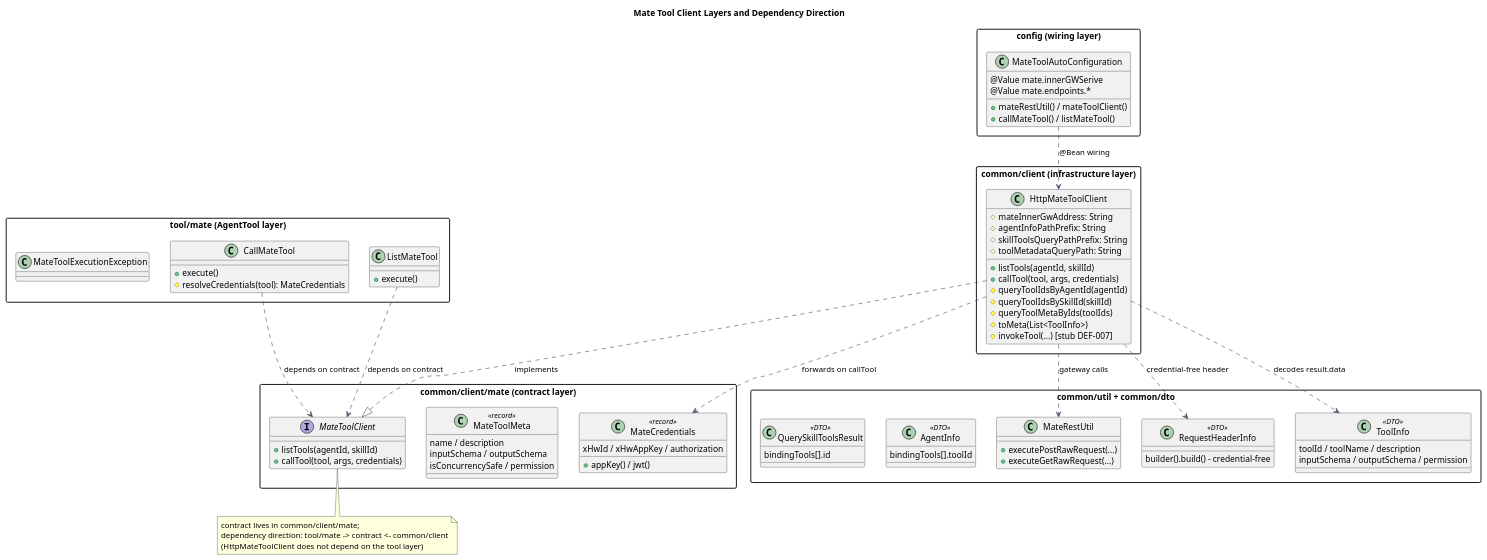
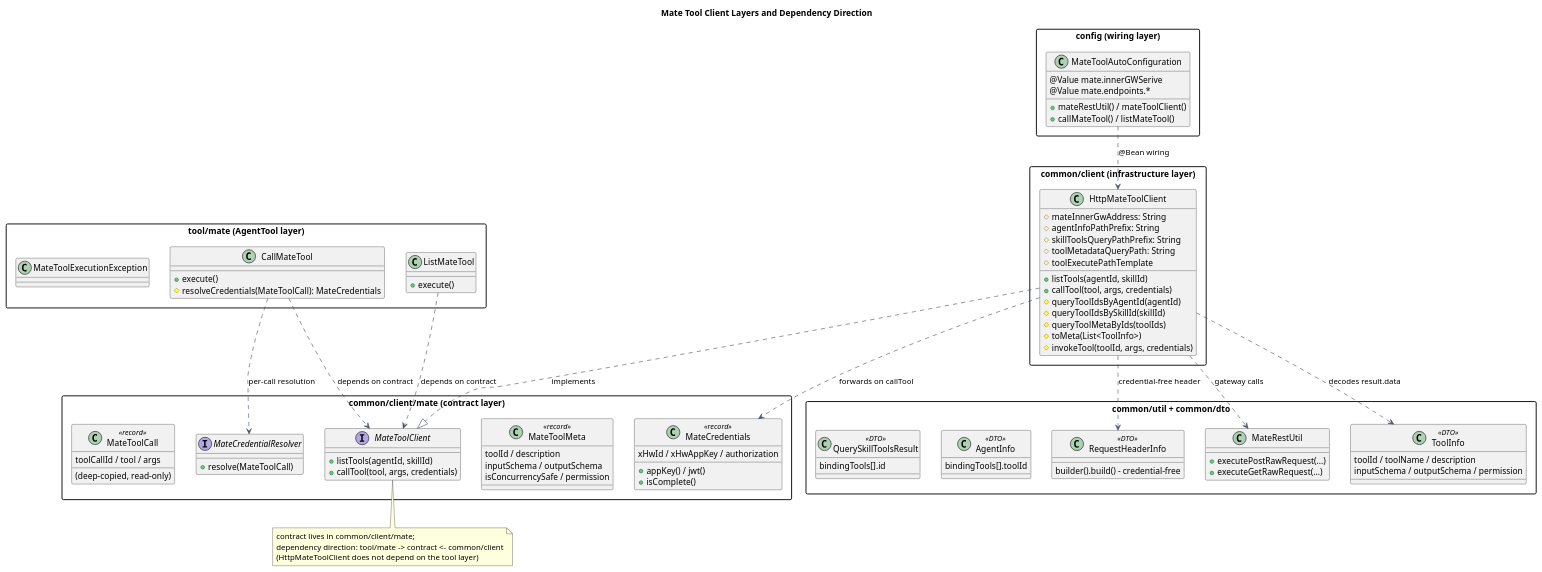
One commit to 2862282695gjh-afk/pi-mono-java changed the first of 2 diagrams in docs/designs/mate-tool-client/diagram.puml. Above: the diagram before and after it, drawn with PlantUML. The commit also changed other lines of this file and 22 other files, not shown here.

First line of the commit message:
fix(mate-tool): toolId 契约统一 + 设计产物全量同步(复审意见)

```diff
--- a/docs/designs/mate-tool-client/diagram.puml
+++ b/docs/designs/mate-tool-client/diagram.puml
@@ -1,121 +1,131 @@
 @startuml mate_tool_client_layers
 ' Source evidence:
 ' - modules/coding-agent-cli/src/main/java/com/campusclaw/codingagent/tool/mate/:
 '   CallMateTool (resolveCredentials hook, MateToolExecutionException),
 '   ListMateTool (agent/skill passthrough)
 ' - modules/coding-agent-cli/src/main/java/com/campusclaw/codingagent/common/client/mate/:
 '   MateToolClient (listTools/callTool contract), MateToolMeta, MateCredentials
 ' - modules/coding-agent-cli/src/main/java/com/campusclaw/codingagent/common/client/:
-'   HttpMateToolClient (two-step listTools wiring, invokeTool stub DEF-007)
+'   HttpMateToolClient (two-step listTools wiring, invokeTool execute RPC)
 ' - modules/coding-agent-cli/src/main/java/com/campusclaw/codingagent/common/util/:
 '   MateRestUtil (executePostRawRequest / executeGetRawRequest)
 ' - modules/coding-agent-cli/src/main/java/com/campusclaw/codingagent/common/dto/:
 '   RequestHeaderInfo (credential-free builder), ToolInfo (tool metadata result.data),
 '   AgentInfo (bindingTools[].toolId), QuerySkillToolsResult/SkillBindingTool
 '   (bindingTools[].id)
 ' - modules/coding-agent-cli/src/main/java/com/campusclaw/codingagent/config/:
 '   MateToolAutoConfiguration (@Value gateway and endpoint paths), MateToolProperties
 ' Source baseline: superheromeZzh/pi-mono-java commit 1e9d4ee2e14717764f8403c20375c55512cbd97b
 ' Observed behavior: both AgentTools are stateless Spring singletons; listTools
 ' resolves bound tool IDs from agent/skill metadata (GET) then calls
 ' the tool metadata endpoint credential-free; callTool forwards agent-handed-down
-' credentials; the invoke RPC is still a DEF-007 stub.
+' credentials; MateCredentialResolver resolves per-call credentials.
 ' Architecture change: outbound endpoint paths are deployment configuration
 ' injected with @Value; stable inbound API contract paths remain constants.
 ' Design reason: process-wide singleton lifetime forbids per-session state;
 ' permission (allow/ask/deny) enforcement stays on the Mate server.
 
 skinparam backgroundColor white
 skinparam shadowing false
 skinparam packageStyle rectangle
 skinparam ArrowColor #475569
 
 title Mate Tool Client Layers and Dependency Direction
 
 package "tool/mate (AgentTool layer)" {
   class CallMateTool {
     + execute()
-    # resolveCredentials(tool): MateCredentials
+    # resolveCredentials(MateToolCall): MateCredentials
   }
   class ListMateTool {
     + execute()
   }
   class MateToolExecutionException
 }
 
 package "common/client (infrastructure layer)" {
   class HttpMateToolClient {
     # mateInnerGwAddress: String
     # agentInfoPathPrefix: String
     # skillToolsQueryPathPrefix: String
     # toolMetadataQueryPath: String
     + listTools(agentId, skillId)
     + callTool(tool, args, credentials)
     # queryToolIdsByAgentId(agentId)
     # queryToolIdsBySkillId(skillId)
     # queryToolMetaByIds(toolIds)
     # toMeta(List<ToolInfo>)
-    # invokeTool(...) [stub DEF-007]
+    # invokeTool(toolId, args, credentials)
+    # toolExecutePathTemplate
   }
 }
 
 package "common/client/mate (contract layer)" {
   interface MateToolClient {
     + listTools(agentId, skillId)
     + callTool(tool, args, credentials)
   }
   class MateToolMeta <<record>> {
-    name / description
+    toolId / description
     inputSchema / outputSchema
     isConcurrencySafe / permission
   }
   class MateCredentials <<record>> {
     xHwId / xHwAppKey / authorization
     + appKey() / jwt()
+    + isComplete()
+  }
+  interface MateCredentialResolver {
+    + resolve(MateToolCall)
+  }
+  class MateToolCall <<record>> {
+    toolCallId / tool / args
+    (deep-copied, read-only)
   }
 }
 
 package "common/util + common/dto" {
   class MateRestUtil {
     + executePostRawRequest(...)
     + executeGetRawRequest(...)
   }
   class RequestHeaderInfo <<DTO>> {
     builder().build() - credential-free
   }
   class ToolInfo <<DTO>> {
     toolId / toolName / description
     inputSchema / outputSchema / permission
   }
   class AgentInfo <<DTO>> {
     bindingTools[].toolId
   }
   class QuerySkillToolsResult <<DTO>> {
     bindingTools[].id
   }
 }
 
 package "config (wiring layer)" {
   class MateToolAutoConfiguration {
     @Value mate.innerGWSerive
     @Value mate.endpoints.*
     + mateRestUtil() / mateToolClient()
     + callMateTool() / listMateTool()
   }
 }
 
 CallMateTool ..> MateToolClient : depends on contract
 ListMateTool ..> MateToolClient : depends on contract
 HttpMateToolClient ..|> MateToolClient : implements
 HttpMateToolClient ..> MateRestUtil : gateway calls
 HttpMateToolClient ..> RequestHeaderInfo : credential-free header
 HttpMateToolClient ..> ToolInfo : decodes result.data
 HttpMateToolClient ..> MateCredentials : forwards on callTool
+CallMateTool ..> MateCredentialResolver : per-call resolution
 MateToolAutoConfiguration ..> HttpMateToolClient : @Bean wiring
 
 note bottom of MateToolClient
   contract lives in common/client/mate;
   dependency direction: tool/mate -> contract <- common/client
   (HttpMateToolClient does not depend on the tool layer)
 end note
 @enduml
```
